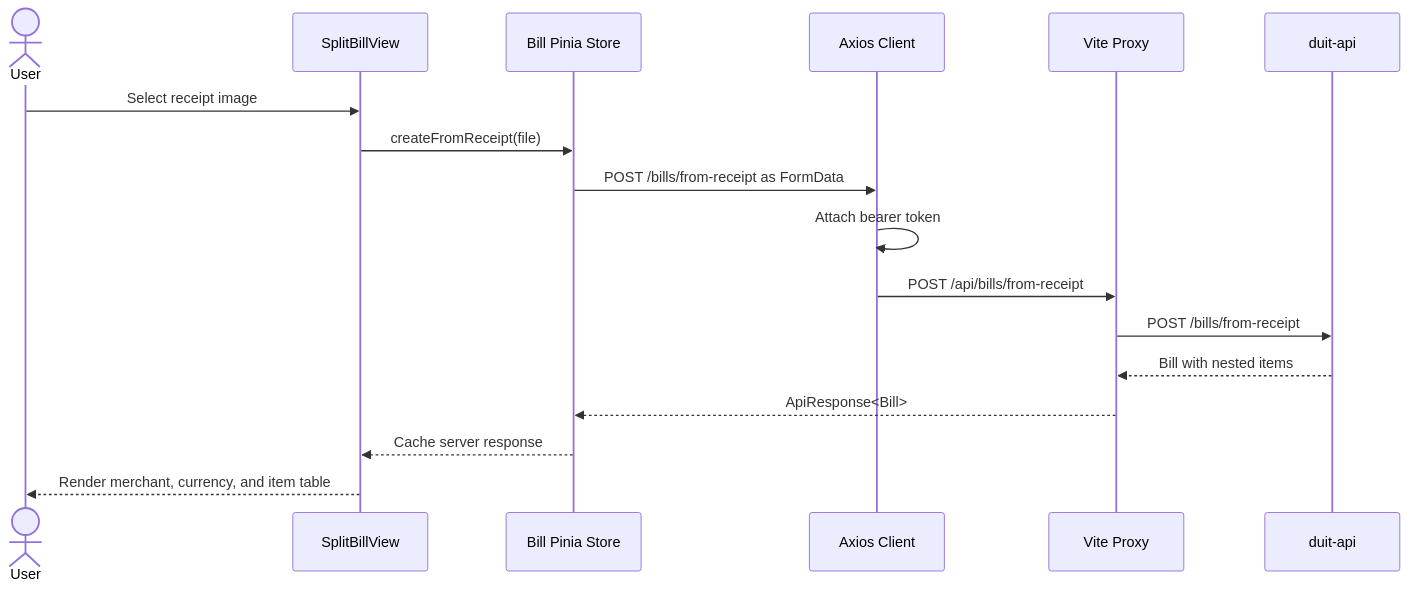
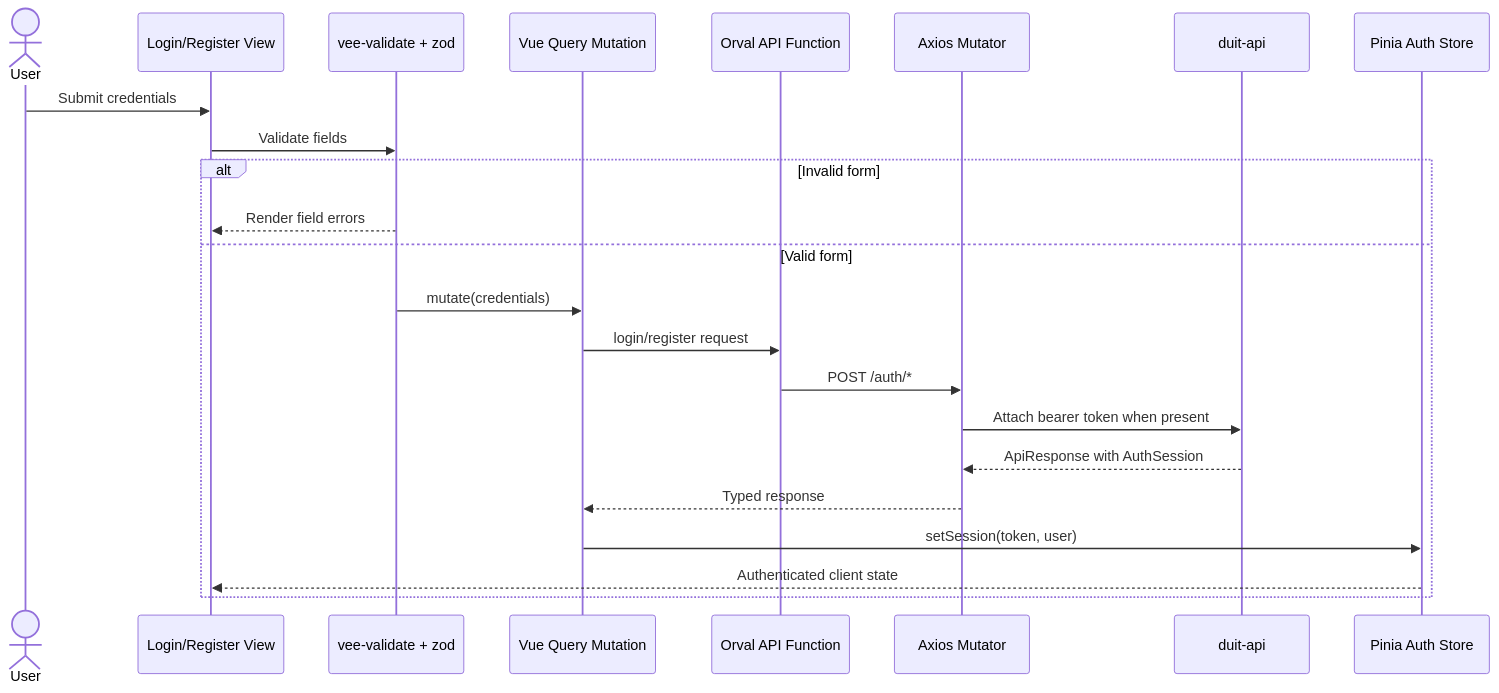
One commit to JaedenTYY/duit-web changed the second of 2 diagrams in README.md. Above: the diagram before and after it, drawn with Mermaid. The commit also changed other lines of this file and 207 other files, not shown here.

````diff
--- a/README.md
+++ b/README.md
@@ -81,20 +81,26 @@
 ```mermaid
 sequenceDiagram
     actor User
-    participant View as SplitBillView
-    participant Store as Bill Pinia Store
-    participant Axios as Axios Client
-    participant Proxy as Vite Proxy
+    participant View as Login/Register View
+    participant Form as vee-validate + zod
+    participant Query as Vue Query Mutation
+    participant Client as Orval API Function
+    participant Axios as Axios Mutator
     participant API as duit-api
+    participant Store as Pinia Auth Store
 
-    User->>View: Select receipt image
-    View->>Store: createFromReceipt(file)
-    Store->>Axios: POST /bills/from-receipt as FormData
-    Axios->>Axios: Attach bearer token
-    Axios->>Proxy: POST /api/bills/from-receipt
-    Proxy->>API: POST /bills/from-receipt
-    API-->>Proxy: Bill with nested items
-    Proxy-->>Store: ApiResponse<Bill>
-    Store-->>View: Cache server response
-    View-->>User: Render merchant, currency, and item table
+    User->>View: Submit credentials
+    View->>Form: Validate fields
+    alt Invalid form
+        Form-->>View: Render field errors
+    else Valid form
+        Form->>Query: mutate(credentials)
+        Query->>Client: login/register request
+        Client->>Axios: POST /auth/*
+        Axios->>API: Attach bearer token when present
+        API-->>Axios: ApiResponse with AuthSession
+        Axios-->>Query: Typed response
+        Query->>Store: setSession(token, user)
+        Store-->>View: Authenticated client state
+    end
 ```
````
